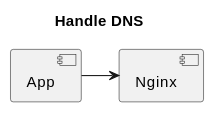
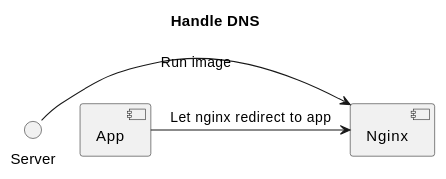
Before and after one commit to midujs/demo-deploy-app: the fifth of 5 diagrams in README.md, drawn with PlantUML. The commit also changed other lines of this file, not shown here.

````diff
--- a/README.md
+++ b/README.md
@@ -77,7 +77,8 @@
 ```plantuml
 @startuml
 title Handle DNS
+Server -> [Nginx]: Run image
 
-[App] -> [Nginx]
+[App] -> [Nginx]: Let nginx redirect to app
 @enduml
 ```
````
